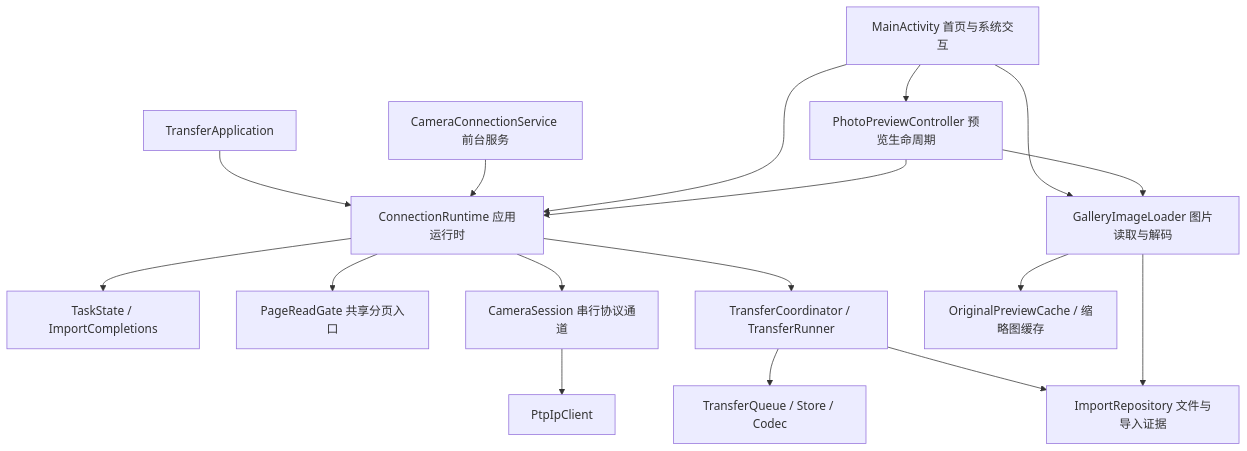
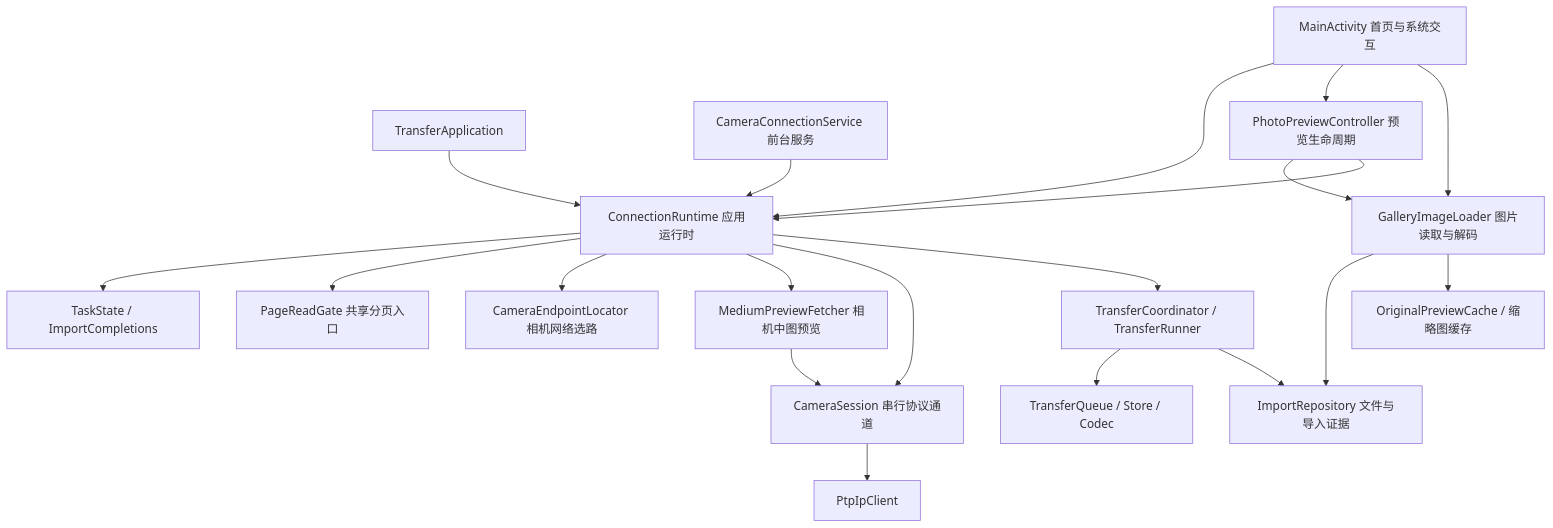
One commit to zhuuchaofan/ZfTransfer changed the diagram in 架构说明.md. Above: the diagram before and after it, drawn with Mermaid. The commit also changed other lines of this file and 3 other files, not shown here.

First line of the commit message:
拆分连接运行时的相机选路与中图预览

````diff
--- a/架构说明.md
+++ b/架构说明.md
@@ -5,19 +5,22 @@
 ```mermaid
 flowchart TD
     App[TransferApplication] --> Runtime[ConnectionRuntime 应用运行时]
     Service[CameraConnectionService 前台服务] --> Runtime
     Main[MainActivity 首页与系统交互] --> Runtime
     Main --> Preview[PhotoPreviewController 预览生命周期]
     Main --> Images[GalleryImageLoader 图片读取与解码]
     Preview --> Images
     Preview --> Runtime
     Runtime --> State[TaskState / ImportCompletions]
     Runtime --> Page[PageReadGate 共享分页入口]
+    Runtime --> Locator[CameraEndpointLocator 相机网络选路]
+    Runtime --> Medium[MediumPreviewFetcher 相机中图预览]
+    Medium --> Session
     Runtime --> Session[CameraSession 串行协议通道]
     Session --> PTP[PtpIpClient]
     Runtime --> Transfer[TransferCoordinator / TransferRunner]
     Transfer --> Queue[TransferQueue / Store / Codec]
     Transfer --> Imports[ImportRepository 文件与导入证据]
     Images --> Imports
     Images --> Cache[OriginalPreviewCache / 缩略图缓存]
 ```
````
